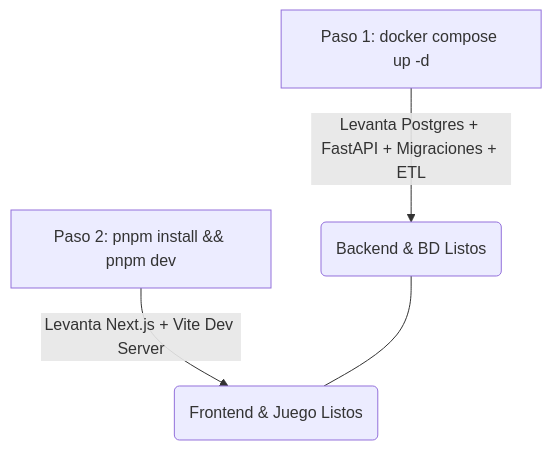
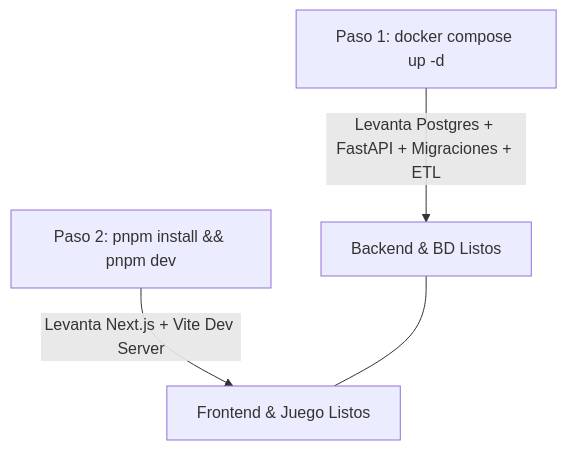
One commit to Betto-RZE/sadaPops changed the diagram in docs/SETUP.md. Above: the diagram before and after it, drawn with Mermaid. The commit also changed 4 other files, not shown here.

Commit message:
Fix Mermaid diagram syntax across markdown files

````diff
--- a/docs/SETUP.md
+++ b/docs/SETUP.md
@@ -9,6 +9,6 @@
 ```mermaid
 flowchart TD
-    A[Paso 1: docker compose up -d] -->|Levanta Postgres + FastAPI + Migraciones + ETL| B(Backend & BD Listos)
-    C[Paso 2: pnpm install && pnpm dev] -->|Levanta Next.js + Vite Dev Server| D(Frontend & Juego Listos)
+    A["Paso 1: docker compose up -d"] -->|Levanta Postgres + FastAPI + Migraciones + ETL| B["Backend & BD Listos"]
+    C["Paso 2: pnpm install && pnpm dev"] -->|Levanta Next.js + Vite Dev Server| D["Frontend & Juego Listos"]
     B --- D
 ```
````
